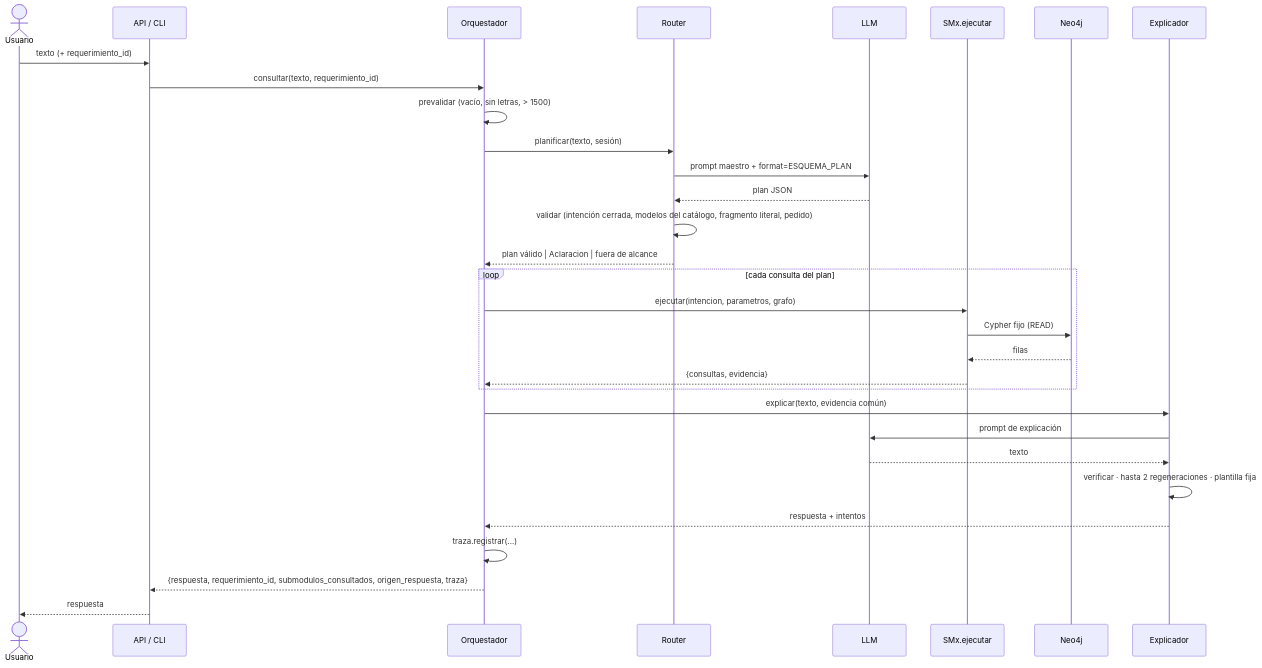
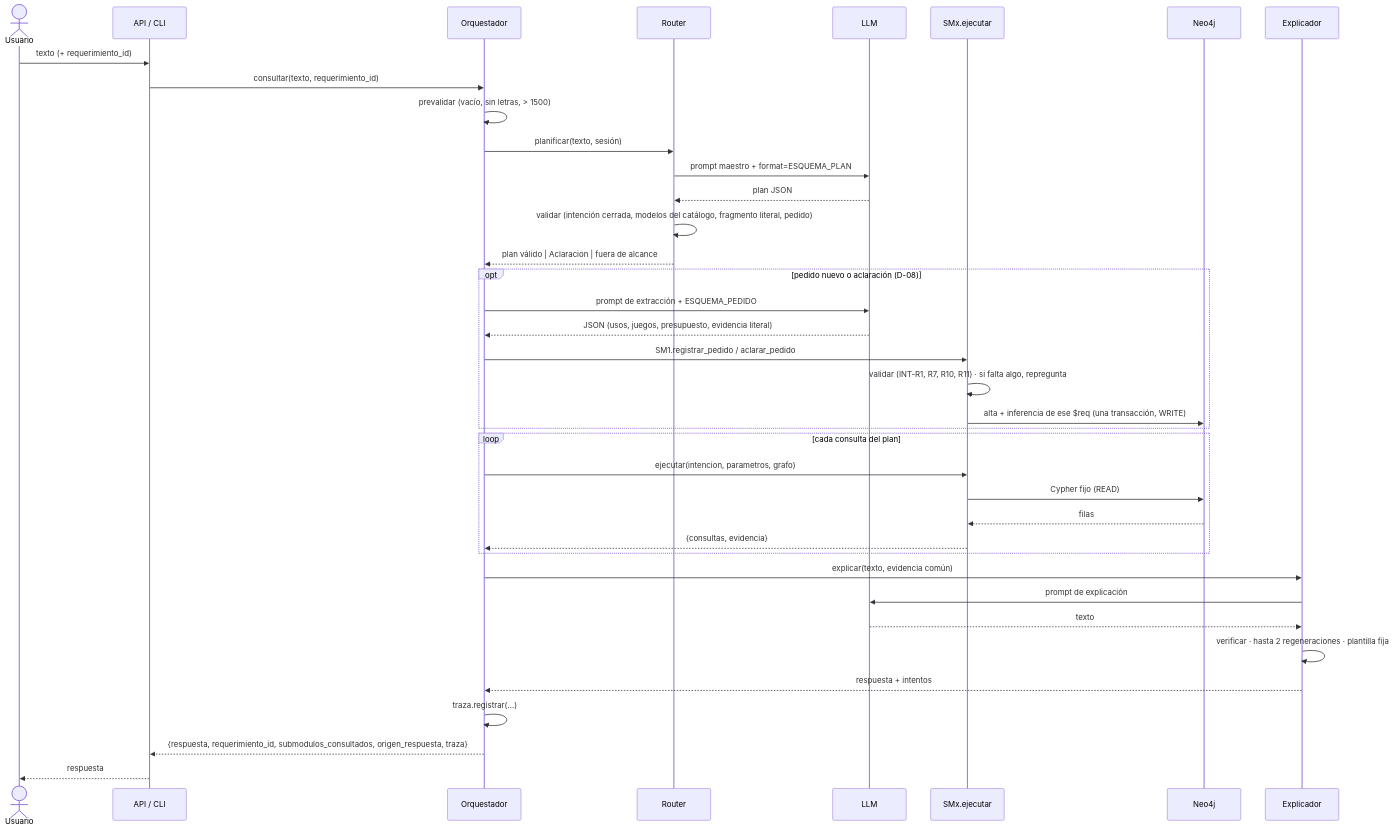
One commit to Maaurimiranda/SeleccionDeNotebooks_IA changed the second of 2 diagrams in docs/ARQUITECTURA.md. Above: the diagram before and after it, drawn with Mermaid. The commit also changed other lines of this file and 37 other files, not shown here.

````diff
--- a/docs/ARQUITECTURA.md
+++ b/docs/ARQUITECTURA.md
@@ -70,33 +70,40 @@
 ```mermaid
 sequenceDiagram
     actor U as Usuario
     participant A as API / CLI
     participant O as Orquestador
     participant R as Router
     participant L as LLM
     participant S as SMx.ejecutar
     participant N as Neo4j
     participant E as Explicador
     U->>A: texto (+ requerimiento_id)
     A->>O: consultar(texto, requerimiento_id)
     O->>O: prevalidar (vacío, sin letras, > 1500)
     O->>R: planificar(texto, sesión)
     R->>L: prompt maestro + format=ESQUEMA_PLAN
     L-->>R: plan JSON
     R->>R: validar (intención cerrada, modelos del catálogo, fragmento literal, pedido)
     R-->>O: plan válido | Aclaracion | fuera de alcance
+    opt pedido nuevo o aclaración (D-08)
+        O->>L: prompt de extracción + ESQUEMA_PEDIDO
+        L-->>O: JSON (usos, juegos, presupuesto, evidencia literal)
+        O->>S: SM1.registrar_pedido / aclarar_pedido
+        S->>S: validar (INT-R1, R7, R10, R11) · si falta algo, repregunta
+        S->>N: alta + inferencia de ese $req (una transacción, WRITE)
+    end
     loop cada consulta del plan
         O->>S: ejecutar(intencion, parametros, grafo)
         S->>N: Cypher fijo (READ)
         N-->>S: filas
         S-->>O: {consultas, evidencia}
     end
     O->>E: explicar(texto, evidencia común)
     E->>L: prompt de explicación
     L-->>E: texto
     E->>E: verificar · hasta 2 regeneraciones · plantilla fija
     E-->>O: respuesta + intentos
     O->>O: traza.registrar(...)
     O-->>A: {respuesta, requerimiento_id, submodulos_consultados, origen_respuesta, traza}
     A-->>U: respuesta
 ```
````
